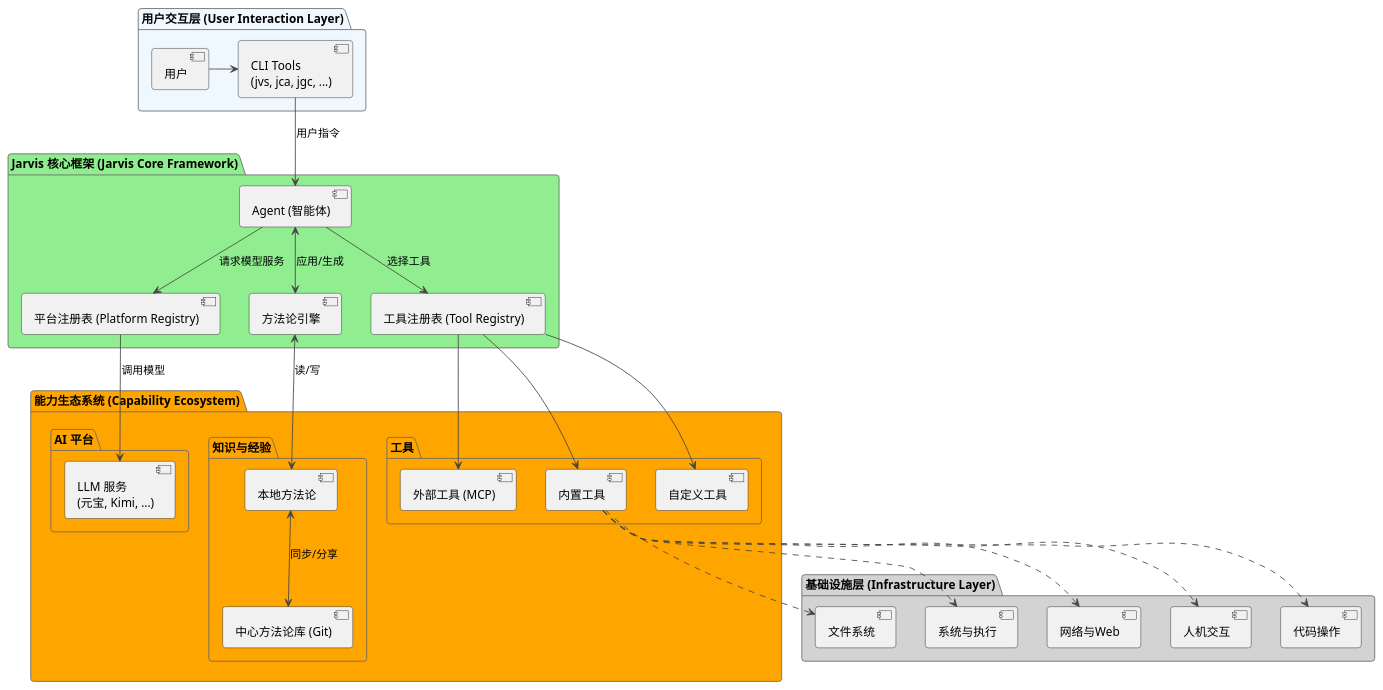
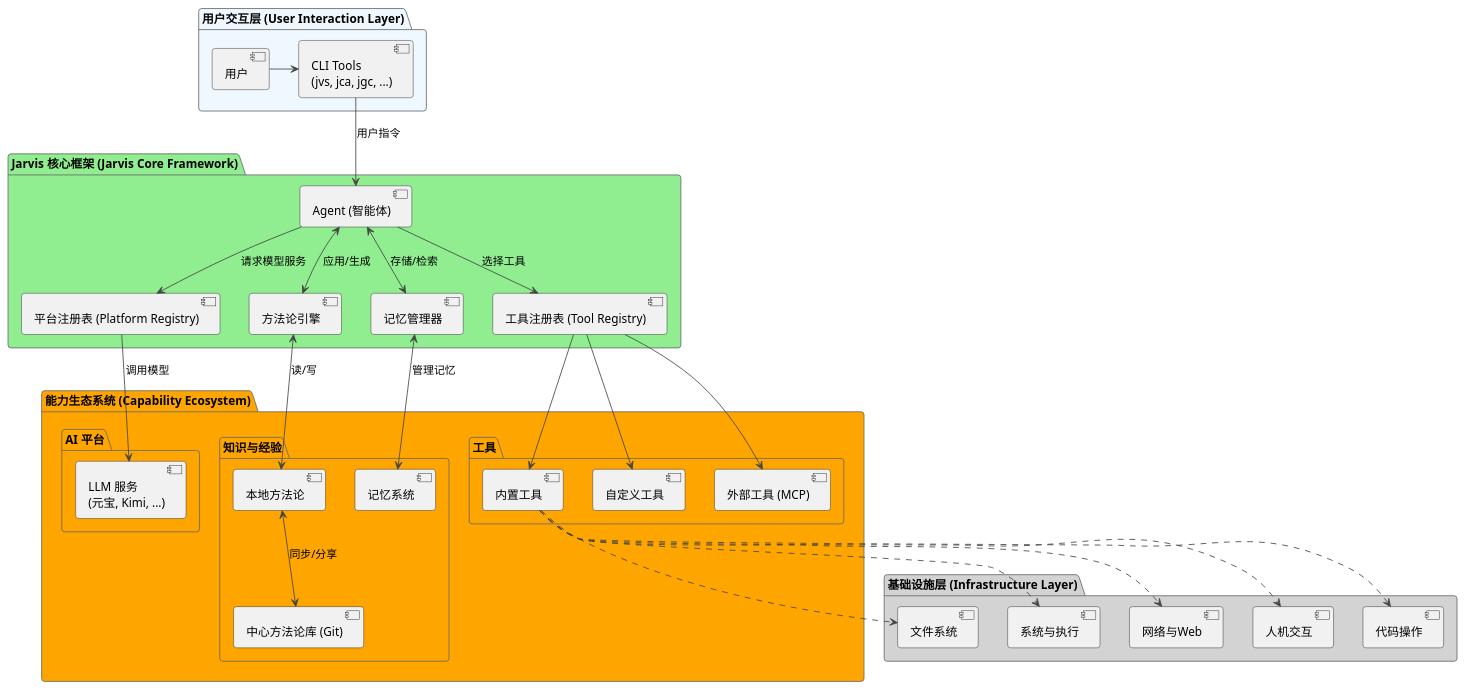
The first of 2 diagrams in docs/jarvis_book/1.项目介绍.md (skyfireitdiy/Jarvis), drawn with PlantUML before and after one commit. The commit also changed other lines of this file, not shown here.

Commit message:
docs(jarvis): 添加记忆管理系统架构说明
在Jarvis项目文档中新增了记忆管理器和记忆系统的架构描述，包括：
- 核心框架中添加记忆管理器组件
- 能力生态系统中添加记忆系统模块
- 说明了三层记忆架构（短期、项目长期、全局长期记忆）
- 完善了系统组件间的交互关系图

````diff
--- a/docs/jarvis_book/1.项目介绍.md
+++ b/docs/jarvis_book/1.项目介绍.md
@@ -62,63 +62,67 @@
 ```plantuml
 @startuml
 !theme vibrant
 
 ' --- Component Definitions ---
 package "用户交互层 (User Interaction Layer)" #AliceBlue {
   [用户] as User
   [CLI Tools\n(jvs, jca, jgc, ...)] as CLI
 }
 
 package "Jarvis 核心框架 (Jarvis Core Framework)" #LightGreen {
   [Agent (智能体)] as Agent
   [平台注册表 (Platform Registry)] as PlatformRegistry
   [工具注册表 (Tool Registry)] as ToolRegistry
   [方法论引擎] as MethodologyEngine
+  [记忆管理器] as MemoryManager
 }
 
 package "能力生态系统 (Capability Ecosystem)" #Orange {
   package "AI 平台" as AIPackage {
     [LLM 服务\n(元宝, Kimi, ...)] as LLM
   }
   package "工具" as ToolPackage {
     [内置工具] as BuiltinTools
     [自定义工具] as CustomTools
     [外部工具 (MCP)] as MCPTools
   }
   package "知识与经验" as KnowledgePackage {
     [本地方法论] as LocalMethodology
     [中心方法论库 (Git)] as CentralMethodology
+    [记忆系统] as MemorySystem
   }
 }
 
 package "基础设施层 (Infrastructure Layer)" #LightGrey {
   [代码操作] as CodeOps
   [文件系统] as FileSystem
   [系统与执行] as SysExecution
   [网络与Web] as WebAccess
   [人机交互] as HumanInteraction
 }
 
 ' --- Relationship Definitions ---
 User -right-> CLI
 CLI -down-> Agent : "用户指令"
 Agent --> PlatformRegistry : "请求模型服务"
 PlatformRegistry --> LLM : "调用模型"
 Agent --> ToolRegistry : "选择工具"
 Agent <--> MethodologyEngine : "应用/生成"
+Agent <--> MemoryManager : "存储/检索"
 MethodologyEngine <--> LocalMethodology : "读/写"
 LocalMethodology <--> CentralMethodology : "同步/分享"
+MemoryManager <--> MemorySystem : "管理记忆"
 
 ToolRegistry --> BuiltinTools
 ToolRegistry --> CustomTools
 ToolRegistry --> MCPTools
 
 BuiltinTools ..> CodeOps
 BuiltinTools ..> FileSystem
 BuiltinTools ..> SysExecution
 BuiltinTools ..> WebAccess
 BuiltinTools ..> HumanInteraction
 
 
 @enduml
 ```
````
